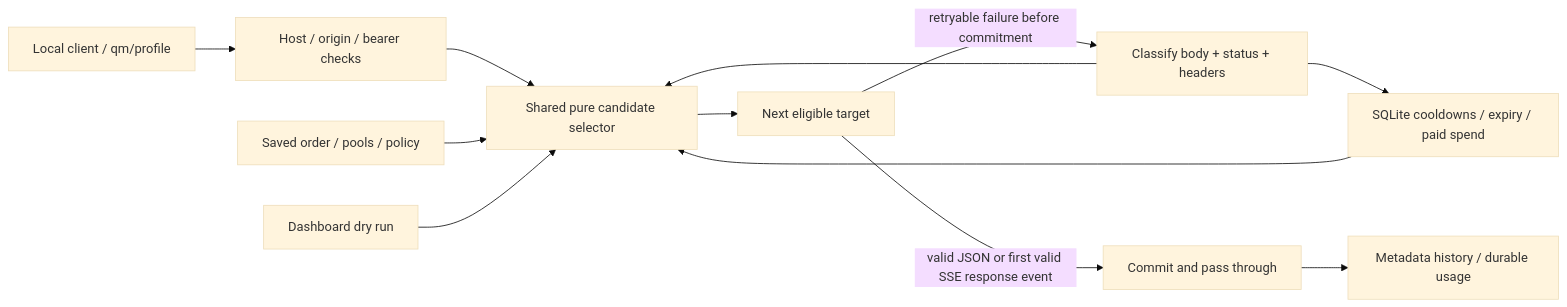
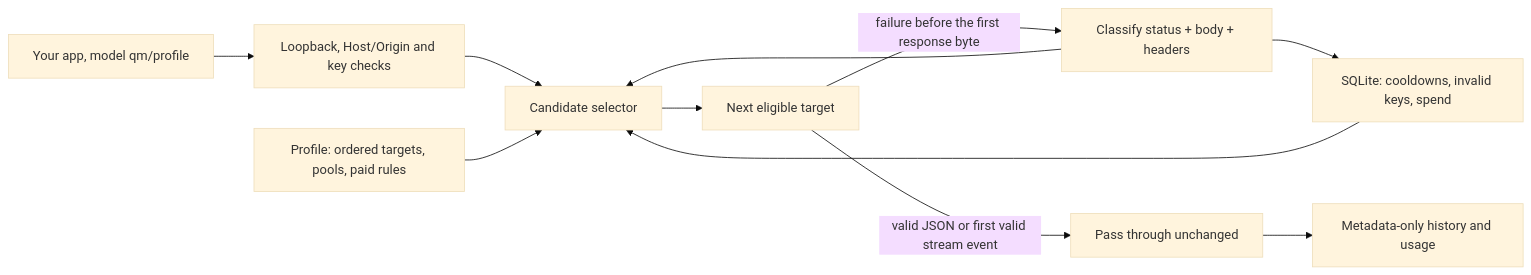
One commit to yashsrivastava0/QuotaMesh changed the diagram in README.md. Above: the diagram before and after it, drawn with Mermaid (base theme). The commit also changed other lines of this file and 1 other file, not shown here.

````diff
--- a/README.md
+++ b/README.md
@@ -104,14 +144,13 @@
 ```mermaid
 flowchart LR
-    Client[Local client / qm/profile] --> Auth[Host / origin / bearer checks]
-    Auth --> Select[Shared pure candidate selector]
-    Rules[Saved order / pools / policy] --> Select
-    State[SQLite cooldowns / expiry / paid spend] --> Select
+    Client[Your app, model qm/profile] --> Auth[Loopback, Host/Origin and key checks]
+    Auth --> Select[Candidate selector]
+    Rules[Profile: ordered targets, pools, paid rules] --> Select
+    State[SQLite: cooldowns, invalid keys, spend] --> Select
     Select --> Attempt[Next eligible target]
-    Attempt -->|retryable failure before commitment| Classify[Classify body + status + headers]
+    Attempt -->|failure before the first response byte| Classify[Classify status + body + headers]
     Classify --> State
     Classify --> Select
-    Attempt -->|valid JSON or first valid SSE response event| Commit[Commit and pass through]
-    Commit --> History[Metadata history / durable usage]
-    Dry[Dashboard dry run] --> Select
+    Attempt -->|valid JSON or first valid stream event| Commit[Pass through unchanged]
+    Commit --> History[Metadata-only history and usage]
 ```
````
